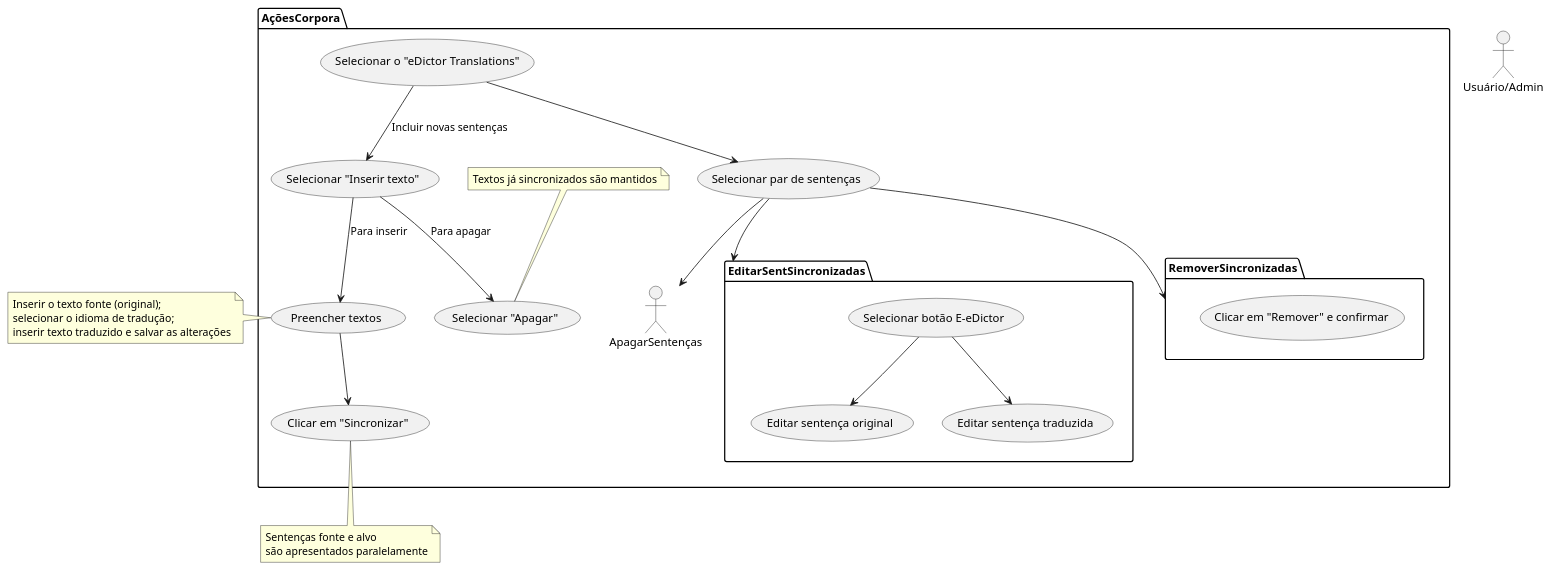
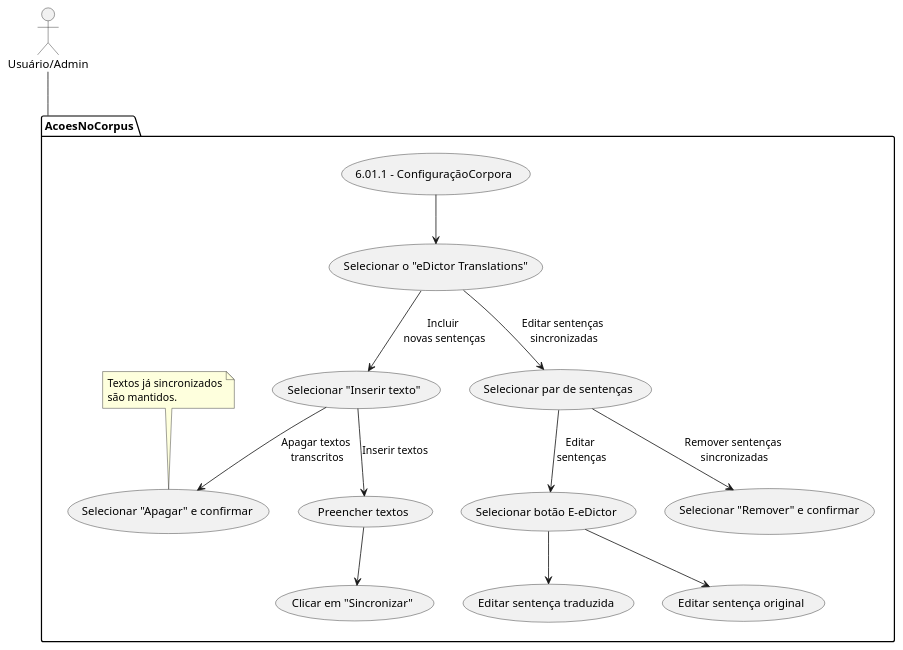
The diagram in diagrams/subcaso_6.01.2_edicao_corpora.wsd (tycho-brahe-platform/tutorials), drawn with PlantUML before and after one commit. The commit also changed 5 other files, not shown here.

```diff
--- a/diagrams/subcaso_6.01.2_edicao_corpora.wsd
+++ b/diagrams/subcaso_6.01.2_edicao_corpora.wsd
@@ -1,46 +1,28 @@
 @startuml "Caso de uso 6.01 - Edição dos corpora"
 
 actor "Usuário/Admin" as User 
+ User -- AcoesNoCorpus
+package AcoesNoCorpus {
+          
+         (6.01.1 - ConfiguraçãoCorpora)--> (Selecionar o "eDictor Translations")
+         (Selecionar o "eDictor Translations")-->(Selecionar "Inserir texto"):Incluir \nnovas sentenças
+         (Selecionar "Inserir texto")-->(Preencher textos):Inserir textos
+         (Preencher textos)-->(Clicar em "Sincronizar")
+         (Selecionar "Inserir texto")-->(Selecionar "Apagar" e confirmar):Apagar textos \ntranscritos
+         (Selecionar o "eDictor Translations")-->(Selecionar par de sentenças): Editar sentenças\n sincronizadas
+         (Selecionar par de sentenças)-->(Selecionar "Remover" e confirmar):Remover sentenças \nsincronizadas
+         (Selecionar par de sentenças)-->(Selecionar botão E-eDictor): Editar \nsentenças
+         (Selecionar botão E-eDictor)-->(Editar sentença original)
+         (Selecionar botão E-eDictor)-->(Editar sentença traduzida)
+        
 
-package AçõesCorpora {
- 
-         package EditarSentSincronizadas {
-            
-            (Selecionar botão E-eDictor)-->(Editar sentença original)
-            (Selecionar botão E-eDictor)-->(Editar sentença traduzida)
-         }
-         
-         package RemoverSincronizadas{
-            (Clicar em "Remover" e confirmar)
-         }
-       
+note top of (Selecionar "Apagar" e confirmar)
+Textos já sincronizados
+são mantidos.
+end note
 
-         (Selecionar o "eDictor Translations")-->(Selecionar "Inserir texto"):Incluir novas sentenças
-         (Selecionar "Inserir texto")-->(Preencher textos):Para inserir
-         (Preencher textos)-->(Clicar em "Sincronizar")
-         (Selecionar "Inserir texto")-->(Selecionar "Apagar"):Para apagar
-         (Selecionar o "eDictor Translations")-->(Selecionar par de sentenças)
-         (Selecionar par de sentenças)-->ApagarSentenças
-         (Selecionar par de sentenças)-->EditarSentSincronizadas
-         (Selecionar par de sentenças)-->RemoverSincronizadas
+}
 
 
 
-note top of (Selecionar "Apagar")
-Textos já sincronizados são mantidos
-end note
-}
-
-
-note left of  (Preencher textos)
-Inserir o texto fonte (original);
-selecionar o idioma de tradução; 
-inserir texto traduzido e salvar as alterações
-end note
-
-note bottom of (Clicar em "Sincronizar")
-Sentenças fonte e alvo 
-são apresentados paralelamente
-end note
-
 @enduml
```
